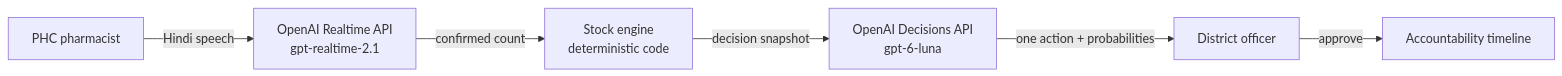
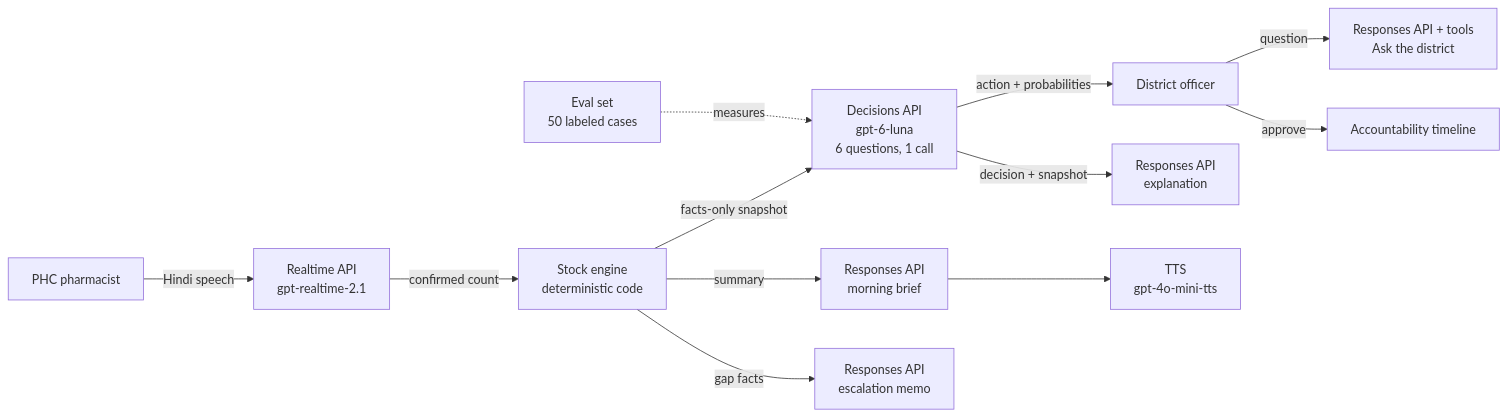
One commit to RahilKothari9/DawaiDost changed the diagram in docs/openai/overview.md. Above: the diagram before and after it, drawn with Mermaid. The commit also changed other lines of this file and 5 other files, not shown here.

Commit message:
docs: document Decisions API district and batch routes, Responses API, audio, and evals

````diff
--- a/docs/openai/overview.md
+++ b/docs/openai/overview.md
@@ -5,8 +5,13 @@
 ```mermaid
 flowchart LR
-    P[PHC pharmacist] -- Hindi speech --> RT[OpenAI Realtime API<br/>gpt-realtime-2.1]
+    P[PHC pharmacist] -- Hindi speech --> RT[Realtime API<br/>gpt-realtime-2.1]
     RT -- confirmed count --> S[Stock engine<br/>deterministic code]
-    S -- decision snapshot --> D[OpenAI Decisions API<br/>gpt-6-luna]
-    D -- one action + probabilities --> O[District officer]
+    S -- facts-only snapshot --> D[Decisions API<br/>gpt-6-luna<br/>6 questions, 1 call]
+    D -- action + probabilities --> O[District officer]
+    D -- decision + snapshot --> X[Responses API<br/>explanation]
+    S -- summary --> B[Responses API<br/>morning brief] --> TTS[TTS<br/>gpt-4o-mini-tts]
+    O -- question --> A[Responses API + tools<br/>Ask the district]
     O -- approve --> T[Accountability timeline]
+    S -- gap facts --> M[Responses API<br/>escalation memo]
+    E[Eval set<br/>50 labeled cases] -. measures .-> D
 ```
````
